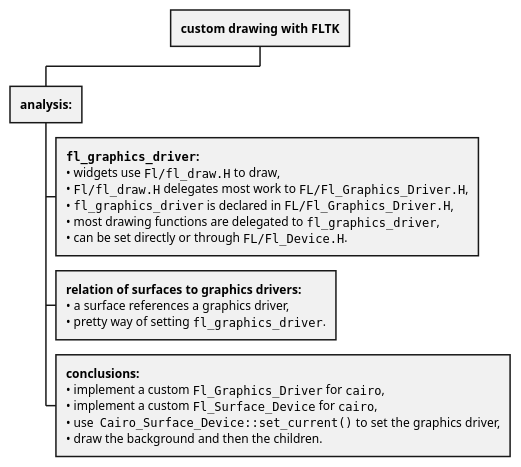
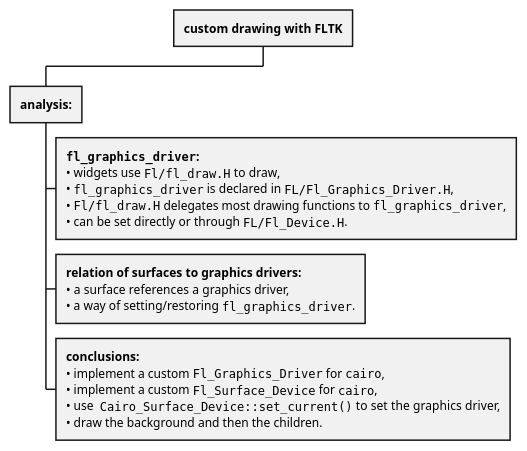
Before and after one commit to user1095108/cairowidget: the diagram in fltk_custom_drawing.puml, drawn with PlantUML. The commit also changed 2 other files, not shown here.

```diff
--- a/fltk_custom_drawing.puml
+++ b/fltk_custom_drawing.puml
@@ -1,7 +1,7 @@
 @startwbs
 + **custom drawing with FLTK**
  + **analysis:**
-  + **""fl_graphics_driver"":**\n• widgets use ""Fl/fl_draw.H"" to draw,\n• ""Fl/fl_draw.H"" delegates most work to ""FL/Fl_Graphics_Driver.H"",\n• ""fl_graphics_driver"" is declared in ""FL/Fl_Graphics_Driver.H"",\n• most drawing functions are delegated to ""fl_graphics_driver"",\n• can be set directly or through ""FL/Fl_Device.H"".
-  + **relation of surfaces to graphics drivers:**\n• a surface references a graphics driver,\n• pretty way of setting ""fl_graphics_driver"".
+  + **""fl_graphics_driver"":**\n• widgets use ""Fl/fl_draw.H"" to draw,\n• ""fl_graphics_driver"" is declared in ""FL/Fl_Graphics_Driver.H"",\n• ""Fl/fl_draw.H"" delegates most drawing functions to ""fl_graphics_driver"",\n• can be set directly or through ""FL/Fl_Device.H"".
+  + **relation of surfaces to graphics drivers:**\n• a surface references a graphics driver,\n• a way of setting/restoring ""fl_graphics_driver"".
   + **conclusions:**\n• implement a custom ""Fl_Graphics_Driver"" for ""cairo"",\n• implement a custom ""Fl_Surface_Device"" for ""cairo"",\n• use  ""Cairo_Surface_Device::set_current()"" to set the graphics driver,\n• draw the background and then the children.
 @endwbs
```
